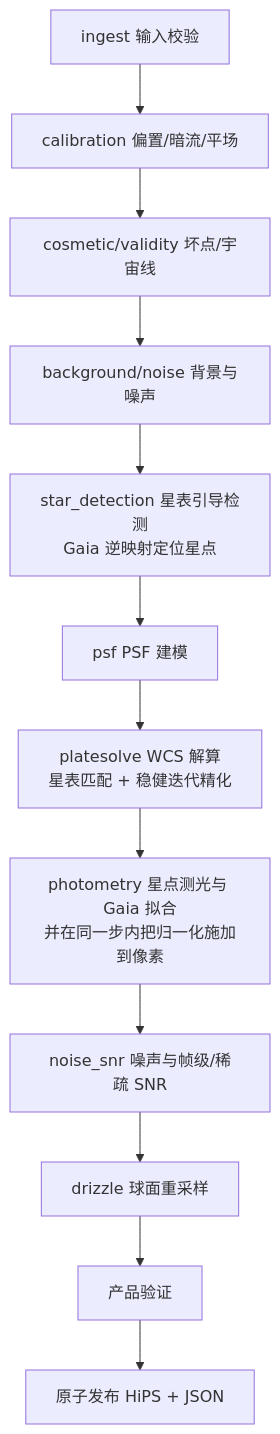
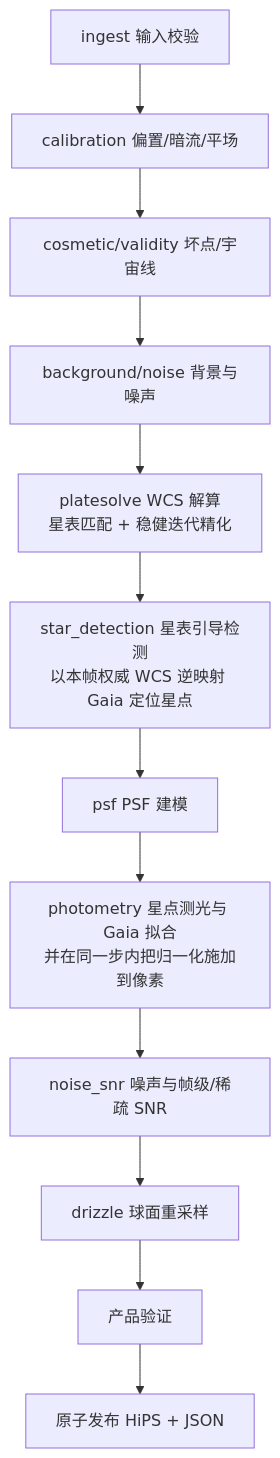
The fourth of 12 diagrams in ASTROCS_DESIGN.md (fujiaze/Astro-CS-Database), drawn with Mermaid before and after one commit. The commit also changed other lines of this file and 15 other files, not shown here.

````diff
--- a/ASTROCS_DESIGN.md
+++ b/ASTROCS_DESIGN.md
@@ -199,14 +202,14 @@
 ```mermaid
 flowchart TD
     I["ingest 输入校验"] --> C["calibration 偏置/暗流/平场"]
     C --> CS["cosmetic/validity 坏点/宇宙线"]
     CS --> BN["background/noise 背景与噪声"]
-    BN --> D["star_detection 星表引导检测<br/>Gaia 逆映射定位星点"]
+    BN --> A["platesolve WCS 解算<br/>星表匹配 + 稳健迭代精化"]
+    A --> D["star_detection 星表引导检测<br/>以本帧权威 WCS 逆映射 Gaia 定位星点"]
     D --> P["psf PSF 建模"]
-    P --> A["platesolve WCS 解算<br/>星表匹配 + 稳健迭代精化"]
-    A --> PH["photometry 星点测光与 Gaia 拟合<br/>并在同一步内把归一化施加到像素"]
+    P --> PH["photometry 星点测光与 Gaia 拟合<br/>并在同一步内把归一化施加到像素"]
     PH --> S["noise_snr 噪声与帧级/稀疏 SNR"]
     S --> R["drizzle 球面重采样"]
     R --> V["产品验证"]
     V --> O["原子发布 HiPS + JSON"]
 ```
````
